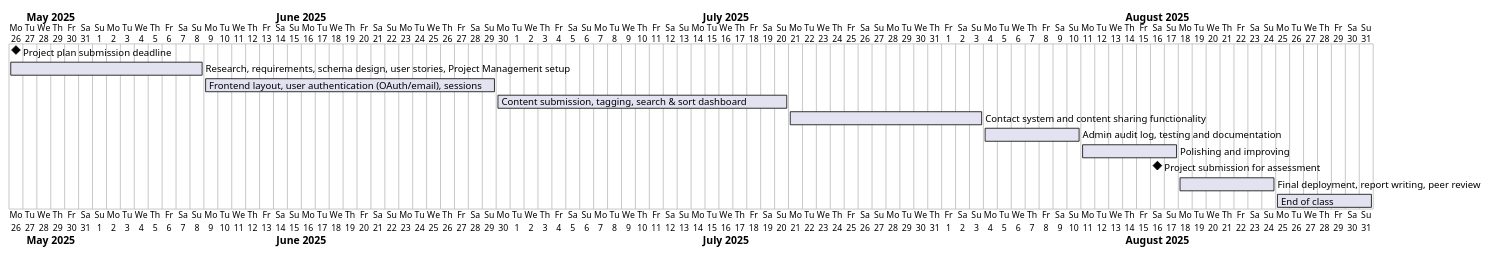
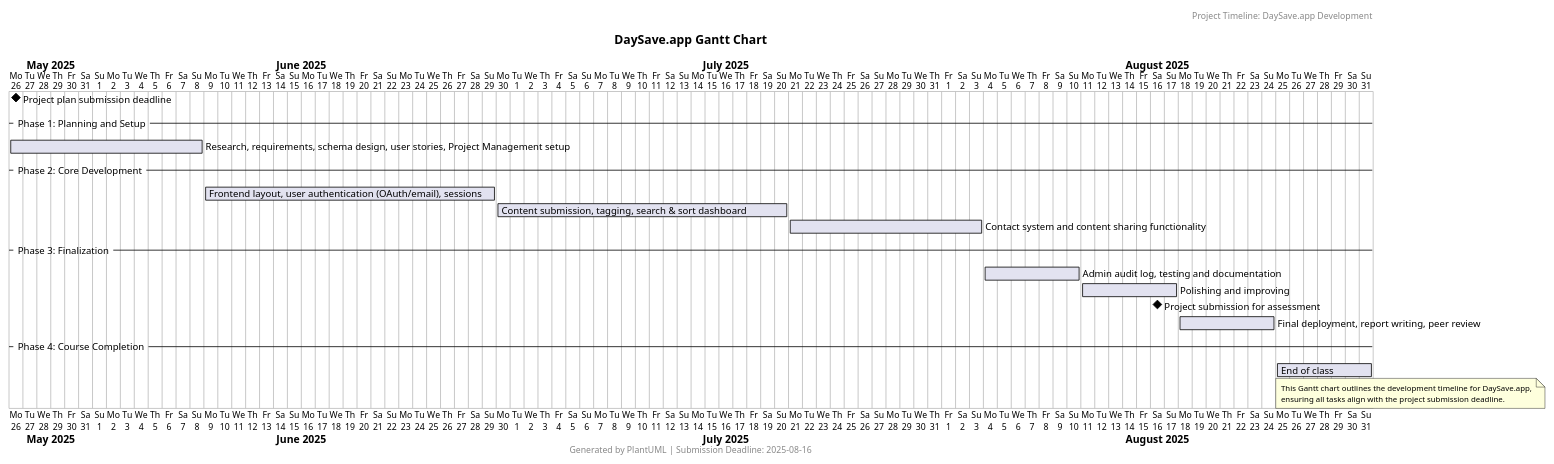
Before and after one commit to andyegli/daysave.app: the diagram in docs/diagrams/src/project_gantt_chart.puml, drawn with PlantUML. The commit also changed 15 other files, not shown here.

Commit message:
moved diagrams

```diff
--- a/docs/diagrams/src/project_gantt_chart.puml
+++ b/docs/diagrams/src/project_gantt_chart.puml
@@ -1,16 +1,33 @@
 @startgantt
+title DaySave.app Gantt Chart
+
+' Frame the diagram with a header and footer for a "framed" look
+header Project Timeline: DaySave.app Development
+footer Generated by PlantUML | Submission Deadline: 2025-08-16
+
+' Define the project start date
 Project starts 2025-05-26
 
+' Milestones and tasks
 [Project plan submission deadline] happens at 2025-05-25
+-- Phase 1: Planning and Setup --
 [Research, requirements, schema design, user stories, Project Management setup] starts 2025-05-26 and ends 2025-06-08
+-- Phase 2: Core Development --
 [Frontend layout, user authentication (OAuth/email), sessions] starts 2025-06-09 and ends 2025-06-29
 [Content submission, tagging, search & sort dashboard] starts 2025-06-30 and ends 2025-07-20
 [Contact system and content sharing functionality] starts 2025-07-21 and ends 2025-08-03
+-- Phase 3: Finalization --
 [Admin audit log, testing and documentation] starts 2025-08-04 and ends 2025-08-10
 [Polishing and improving] starts 2025-08-11 and ends 2025-08-17
 [Project submission for assessment] happens at 2025-08-16
 [Final deployment, report writing, peer review] starts 2025-08-18 and ends 2025-08-24
+-- Phase 4: Course Completion --
 [End of class] starts 2025-08-25 and ends 2025-08-31
 
+' Add a note for context
+note bottom
+  This Gantt chart outlines the development timeline for DaySave.app,
+  ensuring all tasks align with the project submission deadline.
+end note
 
 @endgantt
```
